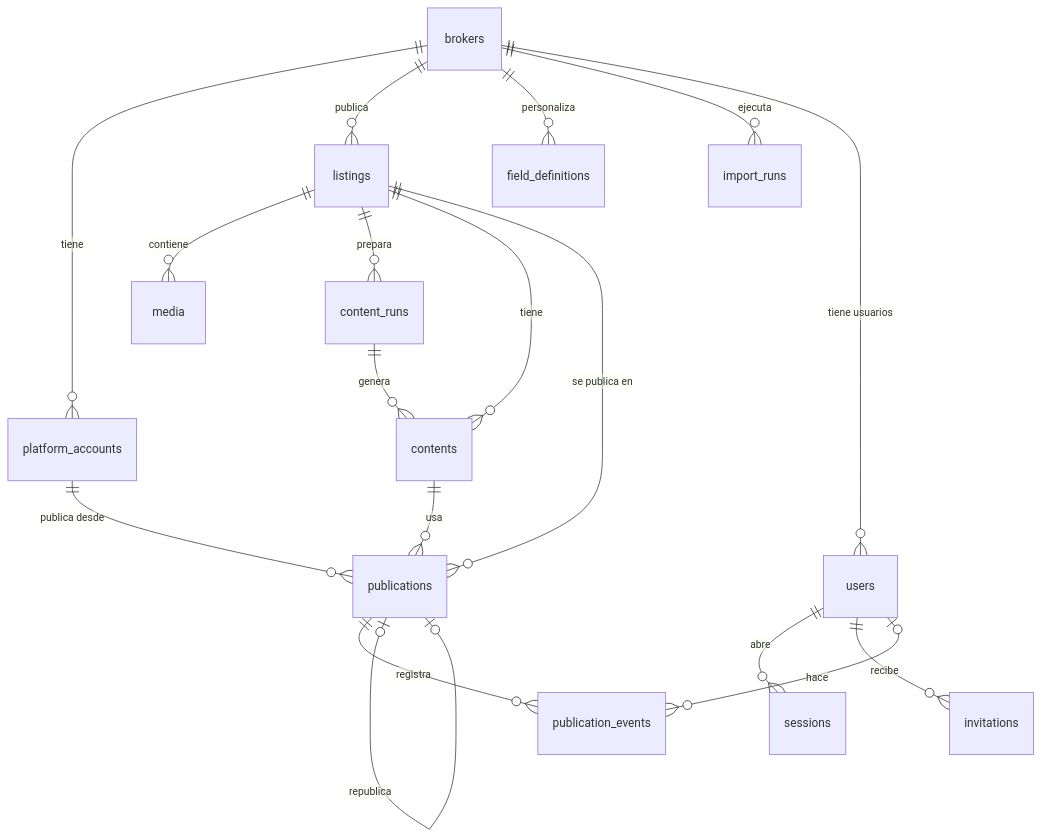
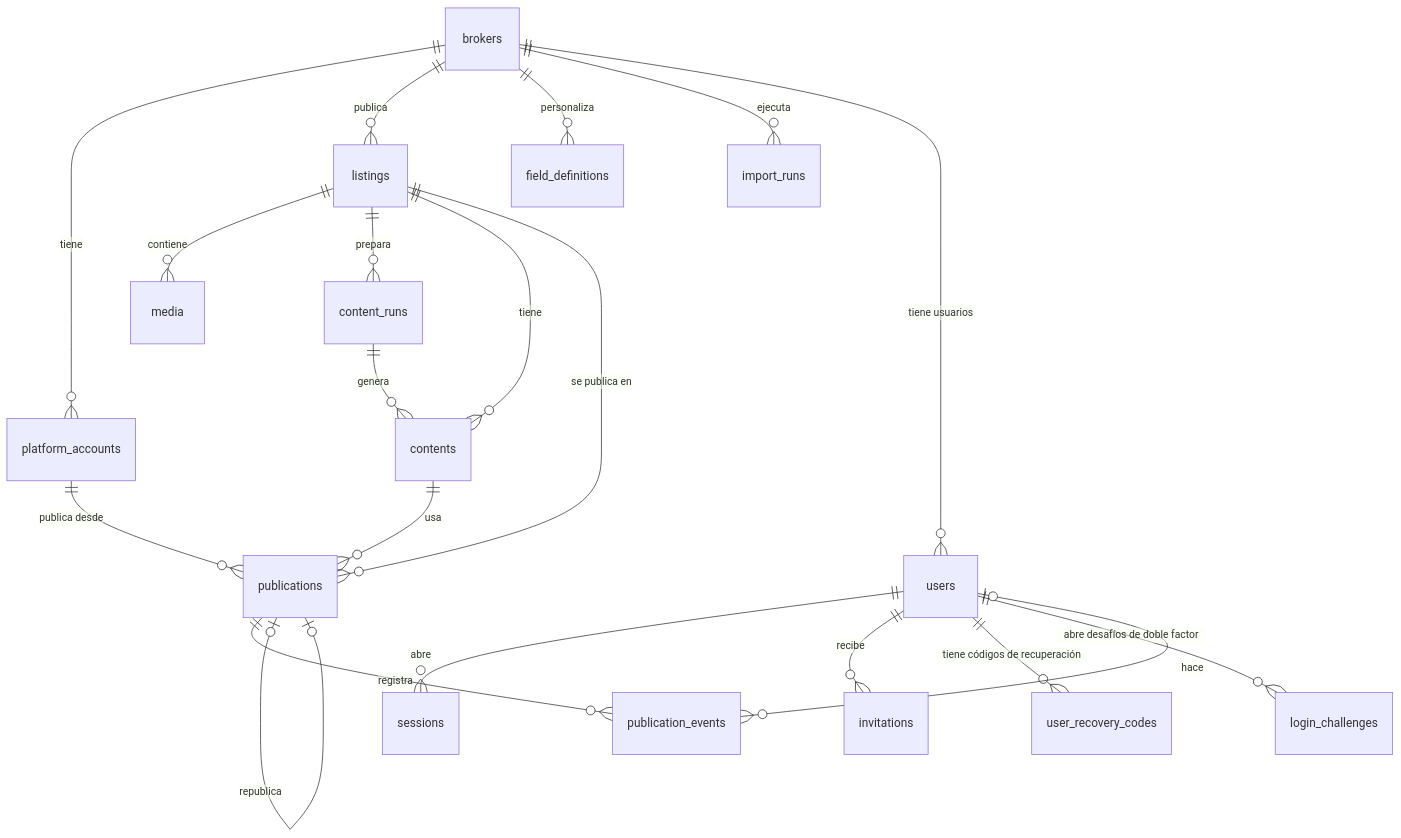
Before and after one commit to vicentewolde/AgentSales: the diagram in docs/02-modelo-datos.md, drawn with Mermaid. The commit also changed 19 other files, not shown here.

````diff
--- a/docs/02-modelo-datos.md
+++ b/docs/02-modelo-datos.md
@@ -9,20 +9,22 @@
 ```mermaid
 erDiagram
   brokers ||--o{ platform_accounts : tiene
   brokers ||--o{ listings : publica
   brokers ||--o{ field_definitions : personaliza
   brokers ||--o{ import_runs : ejecuta
   listings ||--o{ media : contiene
   listings ||--o{ content_runs : prepara
   content_runs ||--o{ contents : genera
   listings ||--o{ contents : tiene
   listings ||--o{ publications : "se publica en"
   platform_accounts ||--o{ publications : "publica desde"
   contents ||--o{ publications : usa
   publications ||--o{ publication_events : registra
   publications |o--o| publications : republica
   brokers ||--o{ users : "tiene usuarios"
   users ||--o{ sessions : abre
   users ||--o{ invitations : recibe
+  users ||--o{ user_recovery_codes : "tiene códigos de recuperación"
+  users ||--o{ login_challenges : "abre desafíos de doble factor"
   users |o--o{ publication_events : hace
 ```
````
